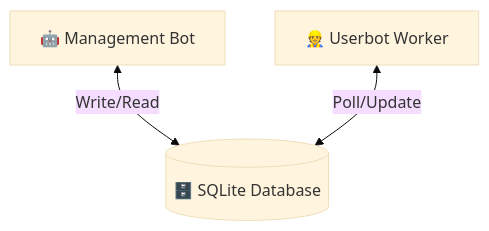
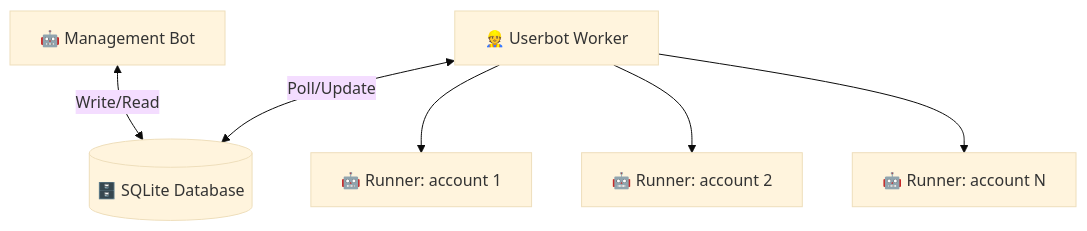
Before and after one commit to Omer-Dahan/MirrioX-Sync: the first of 2 diagrams in README.md, drawn with Mermaid (base theme). The commit also changed other lines of this file and 1 other file, not shown here.

Commit message:
docs: update README for multi-account parallel copying; untrack PID file

````diff
--- a/README.md
+++ b/README.md
@@ -27,5 +27,8 @@
 ```mermaid
 graph TD
     A[🤖 Management Bot] <-->|Write/Read| DB[(🗄️ SQLite Database)]
     B[👷 Userbot Worker] <-->|Poll/Update| DB
+    B --> R1[🤖 Runner: account 1]
+    B --> R2[🤖 Runner: account 2]
+    B --> R3[🤖 Runner: account N]
 ```
````
